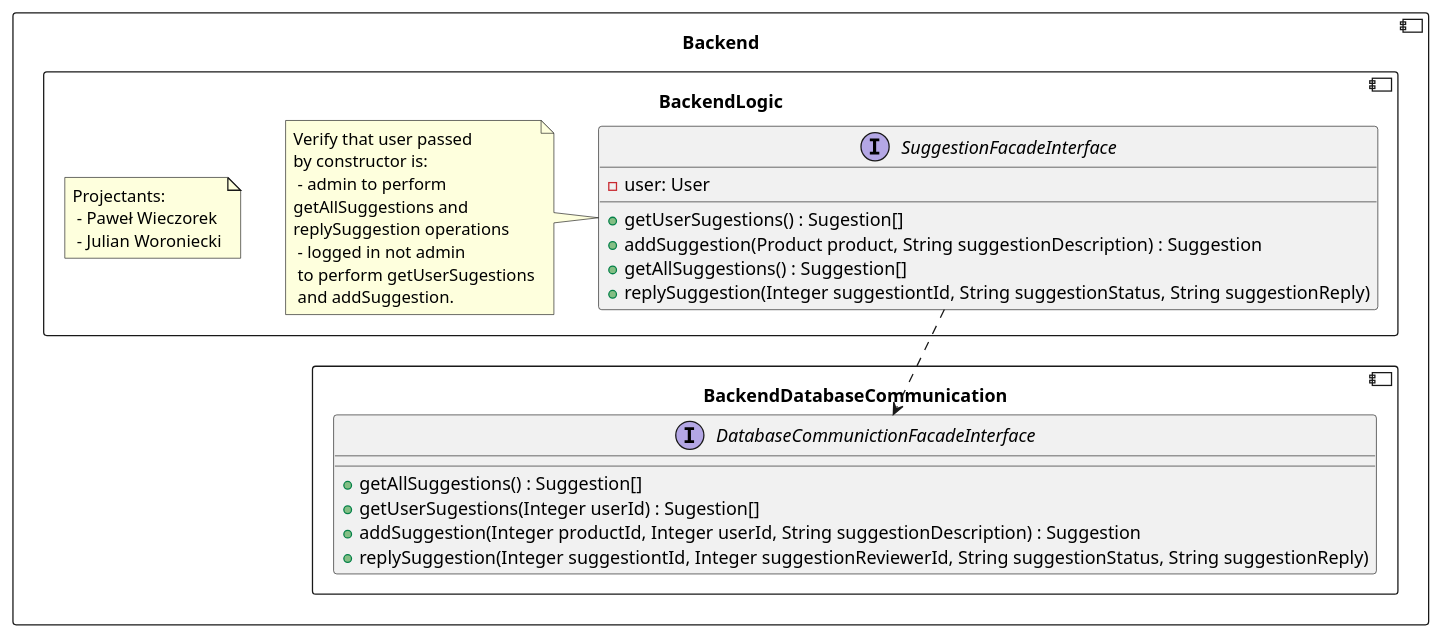
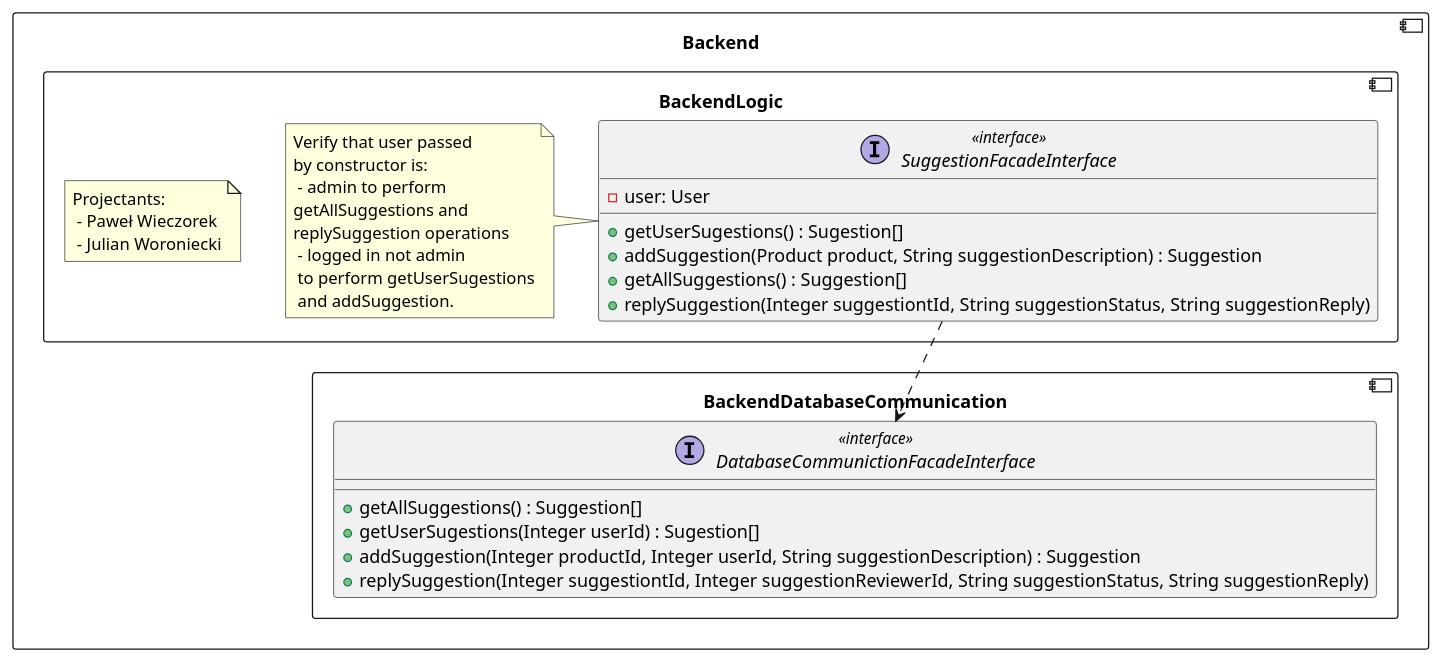
Before and after one commit to RadekBucki/OpinionCollectorArchitecture: the fourth of 5 diagrams in backend/BackendLogic.md, drawn with PlantUML. The commit also changed other lines of this file and 1 other file, not shown here.

````diff
--- a/backend/BackendLogic.md
+++ b/backend/BackendLogic.md
@@ -137,42 +137,42 @@
 ```plantuml
 @startuml
 component Backend {
     component BackendDatabaseCommunication {
-        interface DatabaseCommunictionFacadeInterface {
+        interface DatabaseCommunictionFacadeInterface <<interface>> {
             + getAllSuggestions() : Suggestion[]
             + getUserSugestions(Integer userId) : Sugestion[]
             + addSuggestion(Integer productId, Integer userId, String suggestionDescription) : Suggestion
             + replySuggestion(Integer suggestiontId, Integer suggestionReviewerId, String suggestionStatus, String suggestionReply)
         }
     }
     
     component BackendLogic {
         note as Authors
             Projectants: 
              - Paweł Wieczorek
              - Julian Woroniecki
         endnote
         
         SuggestionFacadeInterface  ..> DatabaseCommunictionFacadeInterface
-        interface SuggestionFacadeInterface {
+        interface SuggestionFacadeInterface <<interface>> {
             - user: User
             + getUserSugestions() : Sugestion[]
             + addSuggestion(Product product, String suggestionDescription) : Suggestion
             + getAllSuggestions() : Suggestion[]
             + replySuggestion(Integer suggestiontId, String suggestionStatus, String suggestionReply)
         }
     
         note left of SuggestionFacadeInterface
             Verify that user passed
             by constructor is:
              - admin to perform 
             getAllSuggestions and
             replySuggestion operations
              - logged in not admin
              to perform getUserSugestions
              and addSuggestion.
         endnote
     }
 }
 @enduml 
 ```
````
